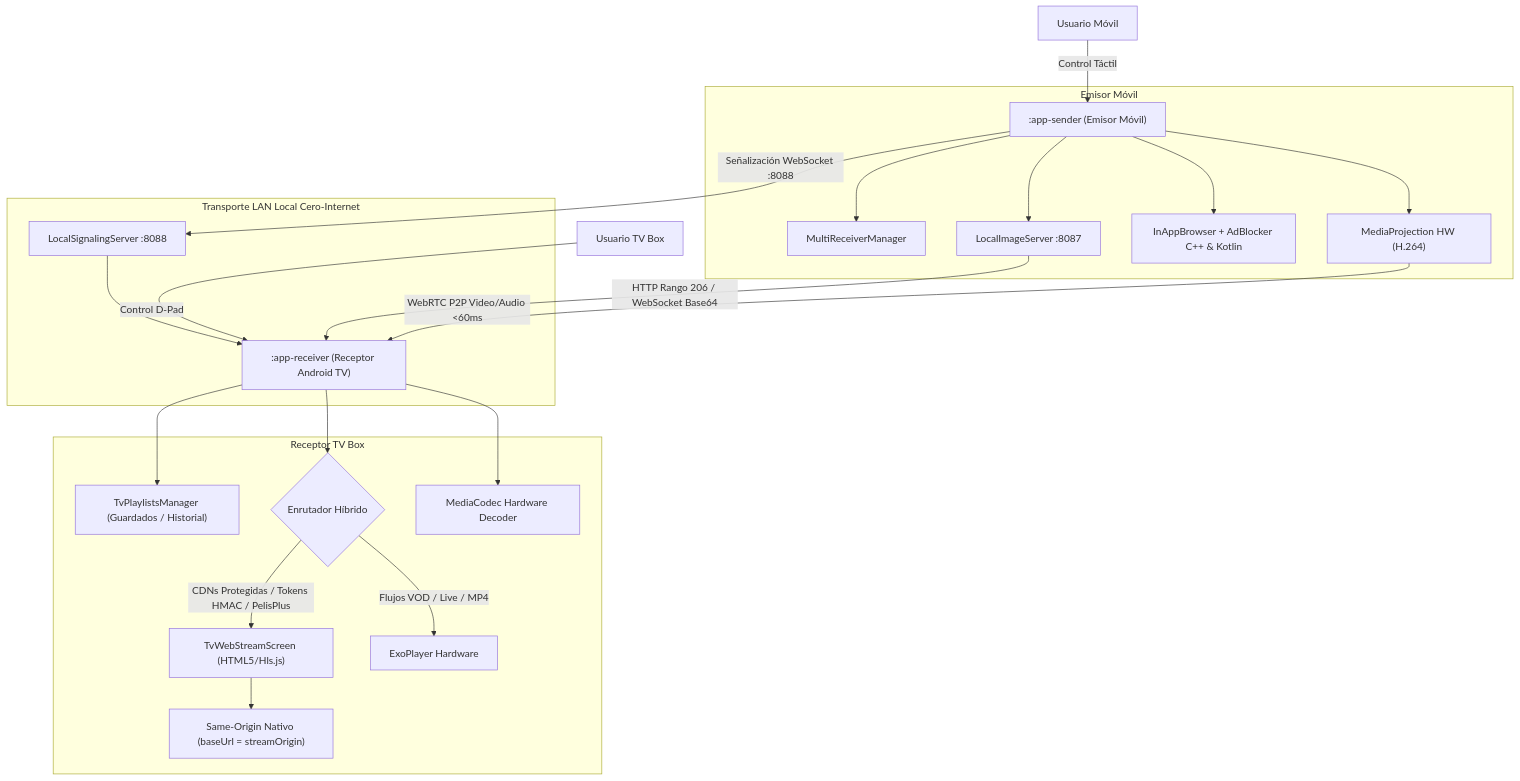
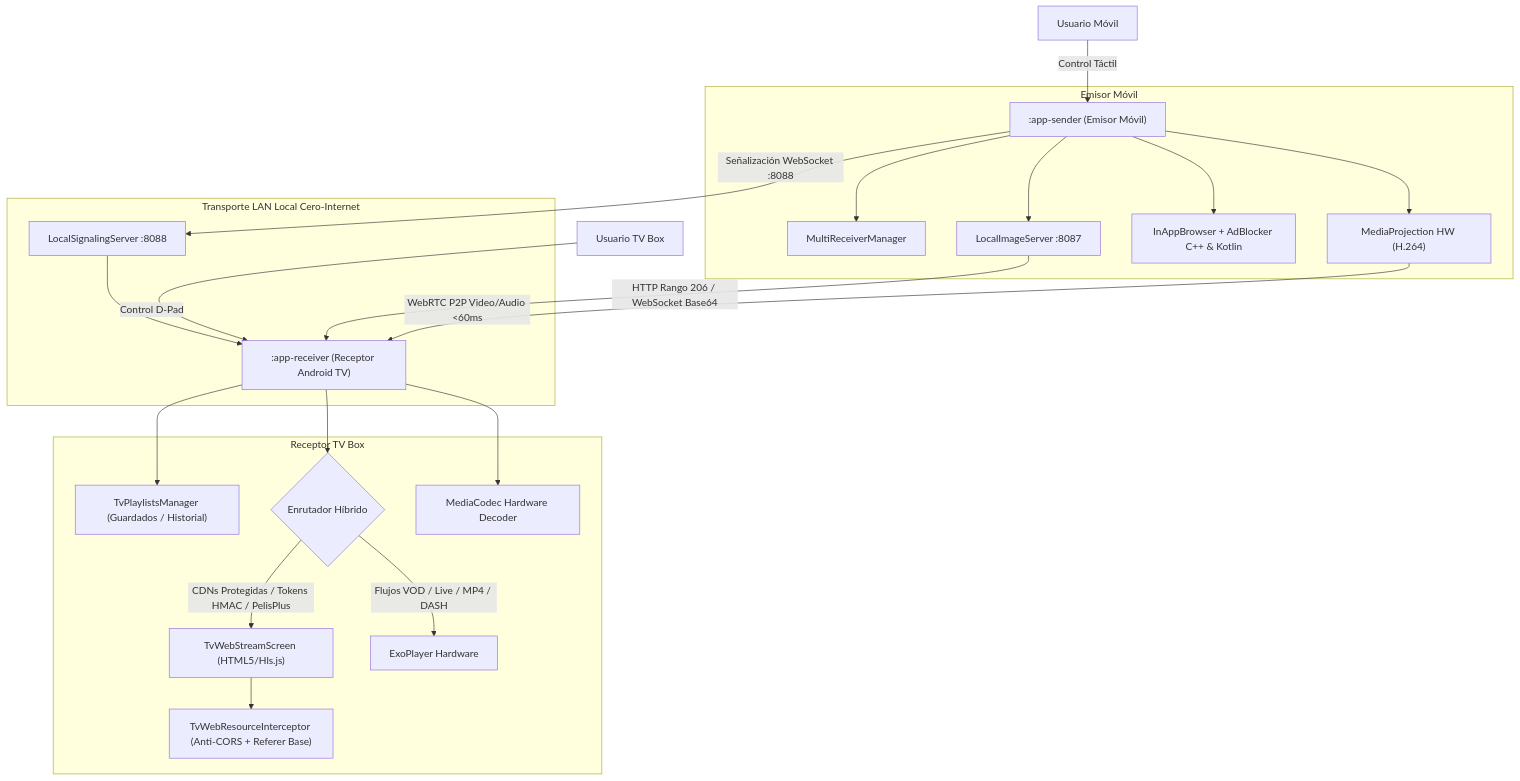
Before and after one commit to satacada/ProyectarAplicacion: the first of 6 diagrams in doc/ARCHITECTURE.md, drawn with Mermaid. The commit also changed other lines of this file and 6 other files, not shown here.

````diff
--- a/doc/ARCHITECTURE.md
+++ b/doc/ARCHITECTURE.md
@@ -23,28 +23,28 @@
 ```mermaid
 graph TD
     User["Usuario Móvil"] -->|Control Táctil| SenderApp[":app-sender (Emisor Móvil)"]
     TVUser["Usuario TV Box"] -->|Control D-Pad| ReceiverApp[":app-receiver (Receptor Android TV)"]
 
     subgraph Emisor Móvil
         SenderApp --> MediaProj["MediaProjection HW (H.264)"]
         SenderApp --> WebBrowser["InAppBrowser + AdBlocker C++ & Kotlin"]
         SenderApp --> PhotoServer["LocalImageServer :8087"]
         SenderApp --> MultiCastMgr["MultiReceiverManager"]
     end
 
     subgraph Transporte LAN Local Cero-Internet
         MediaProj -->|WebRTC P2P Video/Audio <60ms| ReceiverApp
         PhotoServer -->|HTTP Rango 206 / WebSocket Base64| ReceiverApp
         SenderApp -->|Señalización WebSocket :8088| LocalSigServer["LocalSignalingServer :8088"]
     end
 
     subgraph Receptor TV Box
         LocalSigServer --> ReceiverApp
         ReceiverApp --> HWDecoder["MediaCodec Hardware Decoder"]
         ReceiverApp --> DualPlayer{"Enrutador Híbrido"}
-        DualPlayer -->|Flujos VOD / Live / MP4| ExoPlayerTV["ExoPlayer Hardware"]
+        DualPlayer -->|Flujos VOD / Live / MP4 / DASH| ExoPlayerTV["ExoPlayer Hardware"]
         DualPlayer -->|CDNs Protegidas / Tokens HMAC / PelisPlus| TvWebStream["TvWebStreamScreen (HTML5/Hls.js)"]
-        TvWebStream --> SameOrigin["Same-Origin Nativo (baseUrl = streamOrigin)"]
+        TvWebStream --> AntiCors["TvWebResourceInterceptor (Anti-CORS + Referer Base)"]
         ReceiverApp --> TVPlaylists["TvPlaylistsManager (Guardados / Historial)"]
     end
 ```
````
